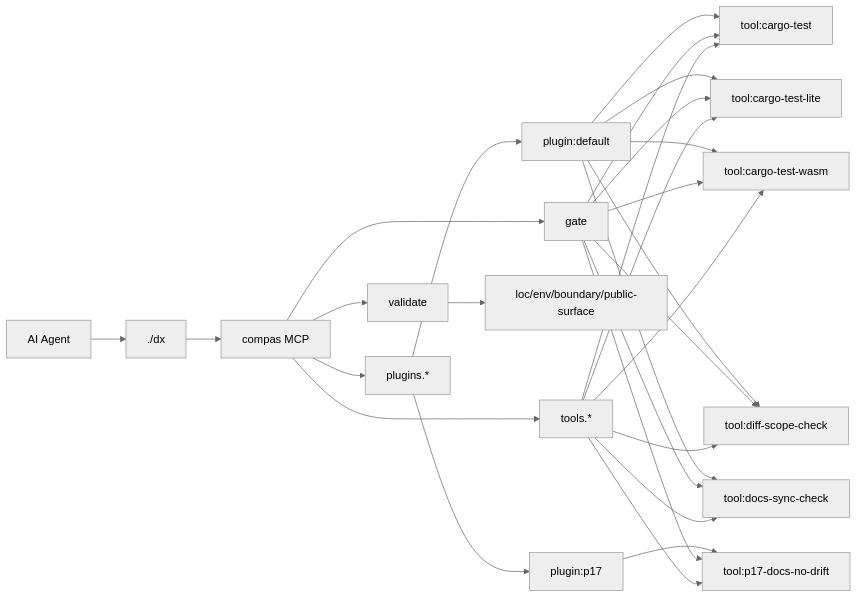
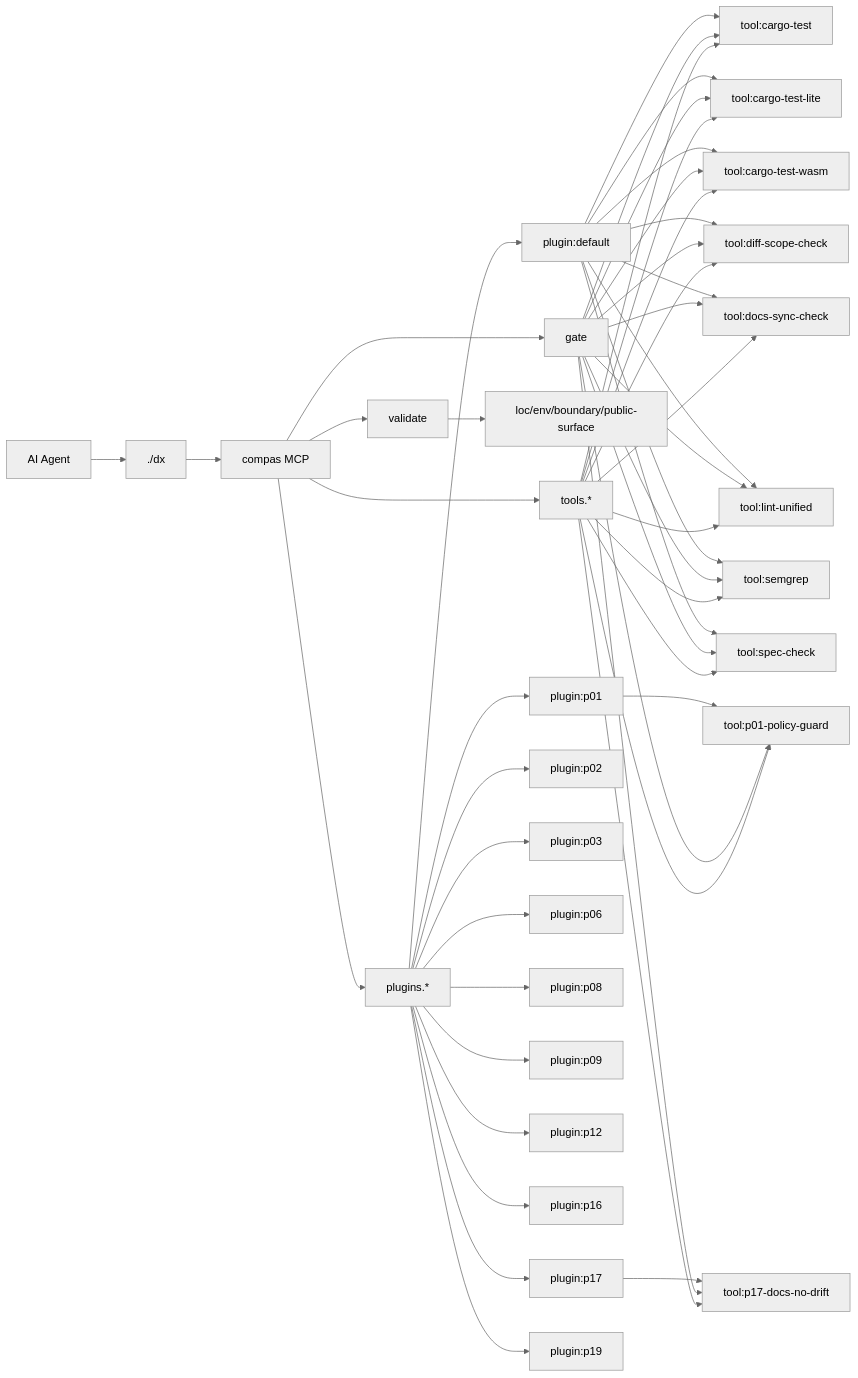
Before and after one commit to AmirTlinov/compas: the diagram in AGENTS.md, drawn with Mermaid (neutral theme). The commit also changed other lines of this file and 1 other file, not shown here.

Commit message:
chore: rebase feat/p17-e2e-run_20260221_183716 on main and sync docs

````diff
--- a/AGENTS.md
+++ b/AGENTS.md
@@ -53,30 +66,51 @@
 ```mermaid
 flowchart LR
   Agent[AI Agent] --> DX[./dx]
   DX --> MCP[compas MCP]
   MCP --> V[validate]
   MCP --> G[gate]
   MCP --> PL[plugins.*]
   MCP --> TL[tools.*]
   V --> C1[loc/env/boundary/public-surface]
   PL --> P_default["plugin:default"]
   P_default --> T_cargo_test["tool:cargo-test"]
   G --> T_cargo_test
   P_default --> T_cargo_test_lite["tool:cargo-test-lite"]
   G --> T_cargo_test_lite
   P_default --> T_cargo_test_wasm["tool:cargo-test-wasm"]
   G --> T_cargo_test_wasm
   P_default --> T_diff_scope_check["tool:diff-scope-check"]
   G --> T_diff_scope_check
   P_default --> T_docs_sync_check["tool:docs-sync-check"]
   G --> T_docs_sync_check
+  P_default --> T_lint_unified["tool:lint-unified"]
+  G --> T_lint_unified
+  P_default --> T_semgrep["tool:semgrep"]
+  G --> T_semgrep
+  P_default --> T_spec_check["tool:spec-check"]
+  G --> T_spec_check
+  PL --> P_p01["plugin:p01"]
+  P_p01 --> T_p01_policy_guard["tool:p01-policy-guard"]
+  G --> T_p01_policy_guard
+  PL --> P_p02["plugin:p02"]
+  PL --> P_p03["plugin:p03"]
+  PL --> P_p06["plugin:p06"]
+  PL --> P_p08["plugin:p08"]
+  PL --> P_p09["plugin:p09"]
+  PL --> P_p12["plugin:p12"]
+  PL --> P_p16["plugin:p16"]
   PL --> P_p17["plugin:p17"]
   P_p17 --> T_p17_docs_no_drift["tool:p17-docs-no-drift"]
   G --> T_p17_docs_no_drift
+  PL --> P_p19["plugin:p19"]
   TL --> T_cargo_test
   TL --> T_cargo_test_lite
   TL --> T_cargo_test_wasm
   TL --> T_diff_scope_check
   TL --> T_docs_sync_check
+  TL --> T_lint_unified
+  TL --> T_p01_policy_guard
   TL --> T_p17_docs_no_drift
+  TL --> T_semgrep
+  TL --> T_spec_check
 ```
````
